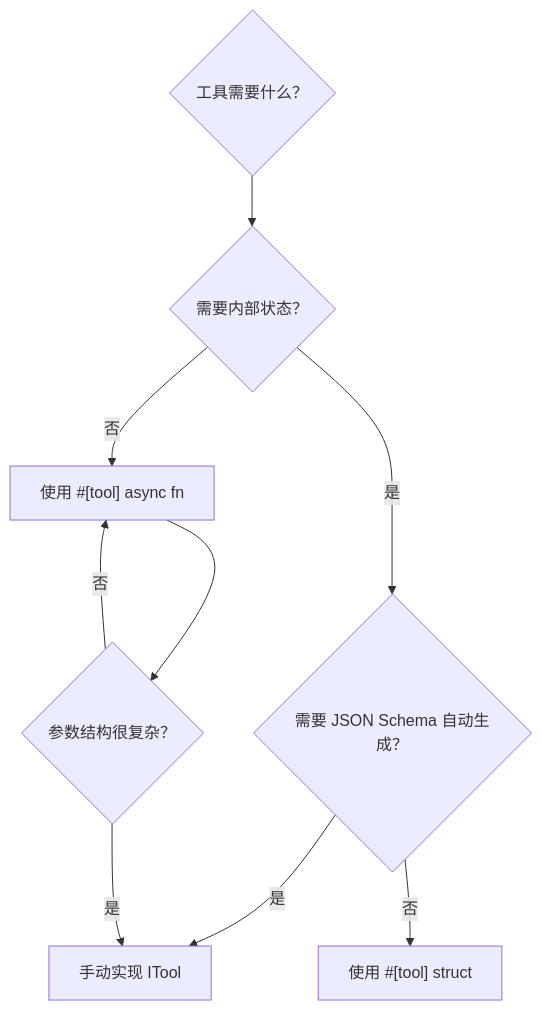
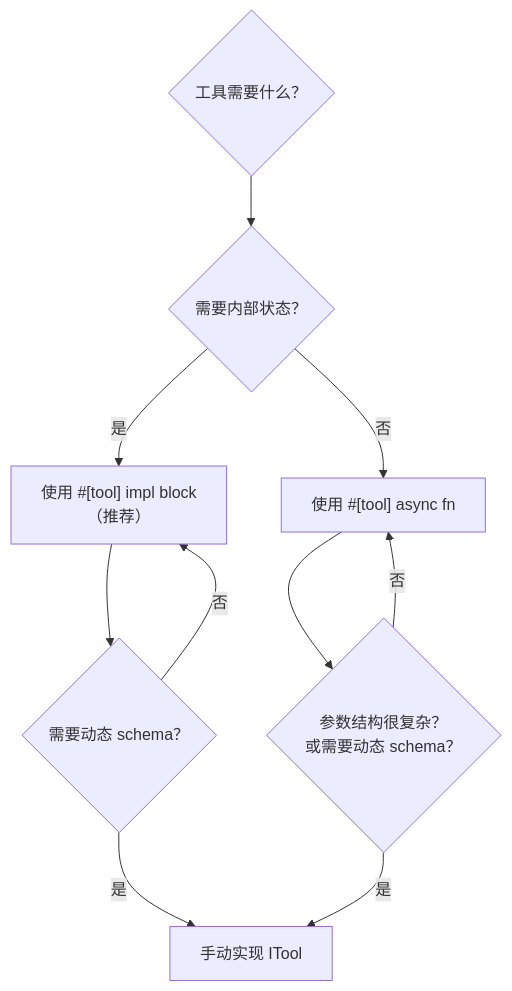
One commit to Rust-Framework/rust-agent-framework changed the diagram in docs/04-tool-system/custom-tools.md. Above: the diagram before and after it, drawn with Mermaid. The commit also changed other lines of this file and 123 other files, not shown here.

````diff
--- a/docs/04-tool-system/custom-tools.md
+++ b/docs/04-tool-system/custom-tools.md
@@ -362,11 +259,12 @@
 ```mermaid
 flowchart TD
     START{"工具需要什么？"} --> STATE{"需要内部状态？"}
-    STATE -->|是| STRUCT{"需要 JSON Schema 自动生成？"}
+    STATE -->|是| IMPL["使用 #[tool] impl block<br/>（推荐）"]
     STATE -->|否| FN["使用 #[tool] async fn"]
-    STRUCT -->|是| MANUAL["手动实现 ITool"]
-    STRUCT -->|否| TOOL_STRUCT["使用 #[tool] struct"]
-    FN --> COMPLEX{"参数结构很复杂？"}
+    IMPL --> NEED{"需要动态 schema？"}
+    NEED -->|是| MANUAL["手动实现 ITool"]
+    NEED -->|否| IMPL
+    FN --> COMPLEX{"参数结构很复杂？<br/>或需要动态 schema？"}
     COMPLEX -->|是| MANUAL
     COMPLEX -->|否| FN
 ```
````
